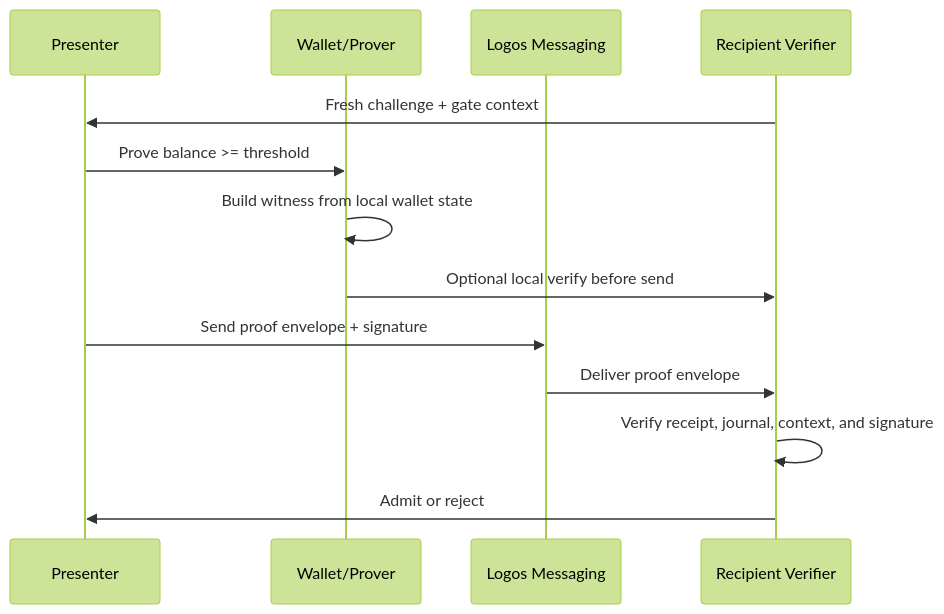
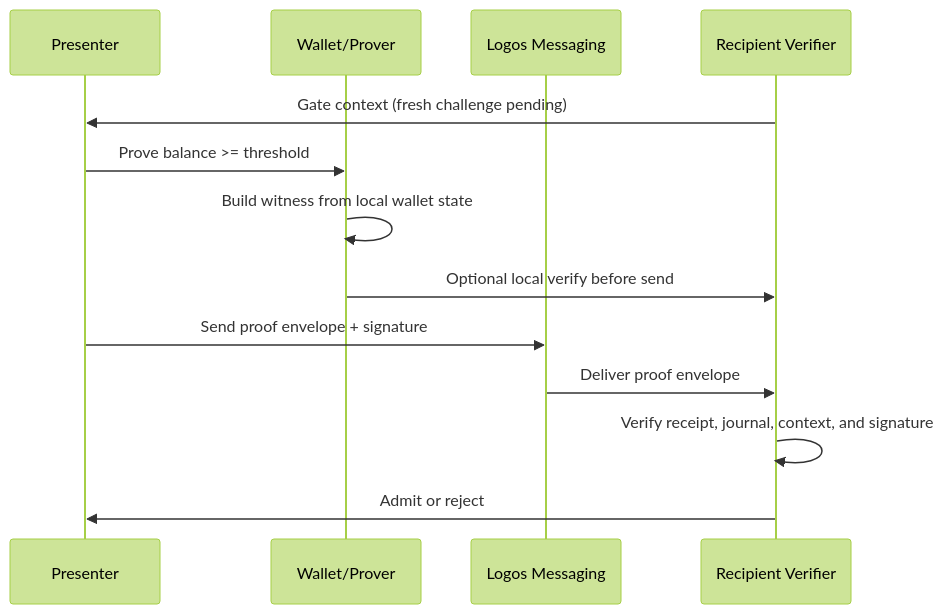
One commit to dubzn/logos-private-balance-attestation changed the second of 3 diagrams in docs/ARCHITECTURE.md. Above: the diagram before and after it, drawn with Mermaid (forest theme). The commit also changed other lines of this file and 15 other files, not shown here.

````diff
--- a/docs/ARCHITECTURE.md
+++ b/docs/ARCHITECTURE.md
@@ -215,16 +219,16 @@
 ```mermaid
 sequenceDiagram
   participant A as Presenter
   participant W as Wallet/Prover
   participant M as Logos Messaging
   participant V as Recipient Verifier
 
-  V->>A: Fresh challenge + gate context
+  V->>A: Gate context (fresh challenge pending)
   A->>W: Prove balance >= threshold
   W->>W: Build witness from local wallet state
   W->>V: Optional local verify before send
   A->>M: Send proof envelope + signature
   M->>V: Deliver proof envelope
   V->>V: Verify receipt, journal, context, and signature
   V->>A: Admit or reject
 ```
````
